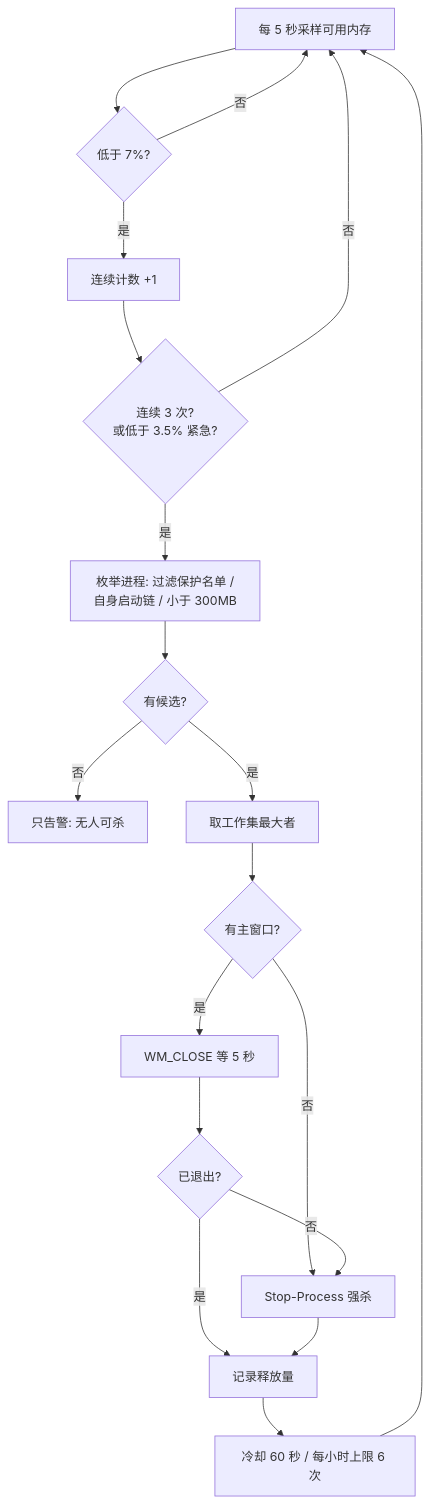
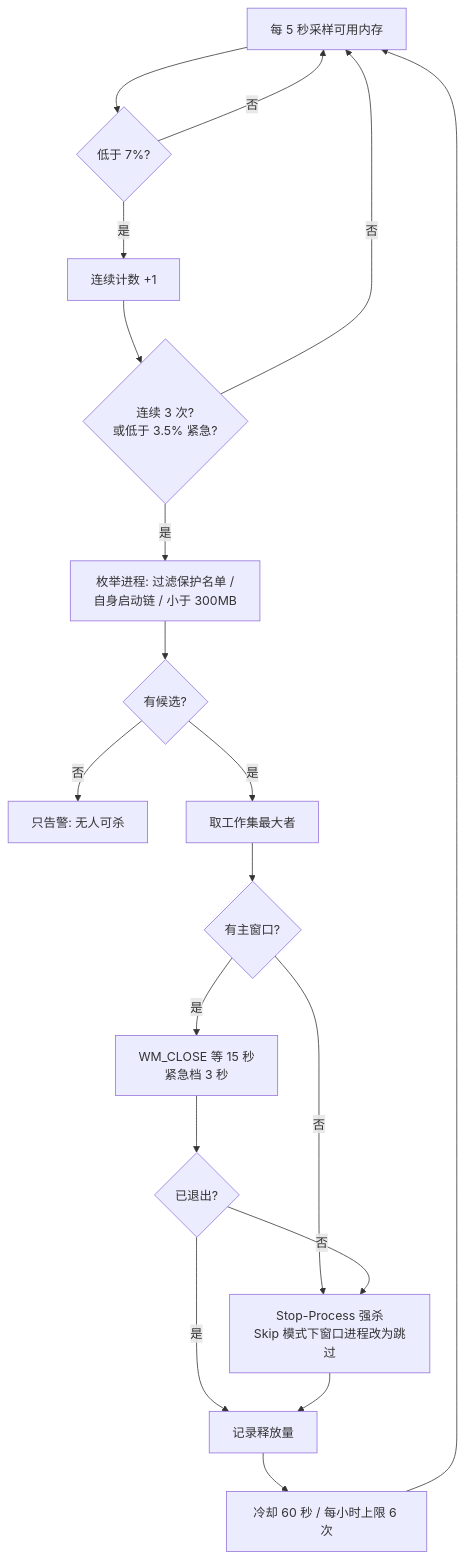
Before and after one commit to joker1point/memfuse: the diagram in README.md, drawn with Mermaid. The commit also changed other lines of this file, not shown here.

Commit message:
docs: README 同步分支行为（窗口宽限期 15s、-WindowedAction Skip、白名单热加载与三个新命令）

````diff
--- a/README.md
+++ b/README.md
@@ -71,21 +71,21 @@
 ```mermaid
 flowchart TD
     A[每 5 秒采样可用内存] --> B{低于 7%?}
     B -->|否| A
     B -->|是| C[连续计数 +1]
     C --> D{连续 3 次?<br/>或低于 3.5% 紧急?}
     D -->|否| A
     D -->|是| E[枚举进程: 过滤保护名单 /<br/>自身启动链 / 小于 300MB]
     E --> F{有候选?}
     F -->|否| G[只告警: 无人可杀]
     F -->|是| H[取工作集最大者]
     H --> I{有主窗口?}
-    I -->|是| J[WM_CLOSE 等 5 秒]
-    I -->|否| K[Stop-Process 强杀]
+    I -->|是| J[WM_CLOSE 等 15 秒<br/>紧急档 3 秒]
+    I -->|否| K[Stop-Process 强杀<br/>Skip 模式下窗口进程改为跳过]
     J --> L{已退出?}
     L -->|否| K
     L -->|是| M[记录释放量]
     K --> M
     M --> N[冷却 60 秒 / 每小时上限 6 次]
     N --> A
 ```
````
